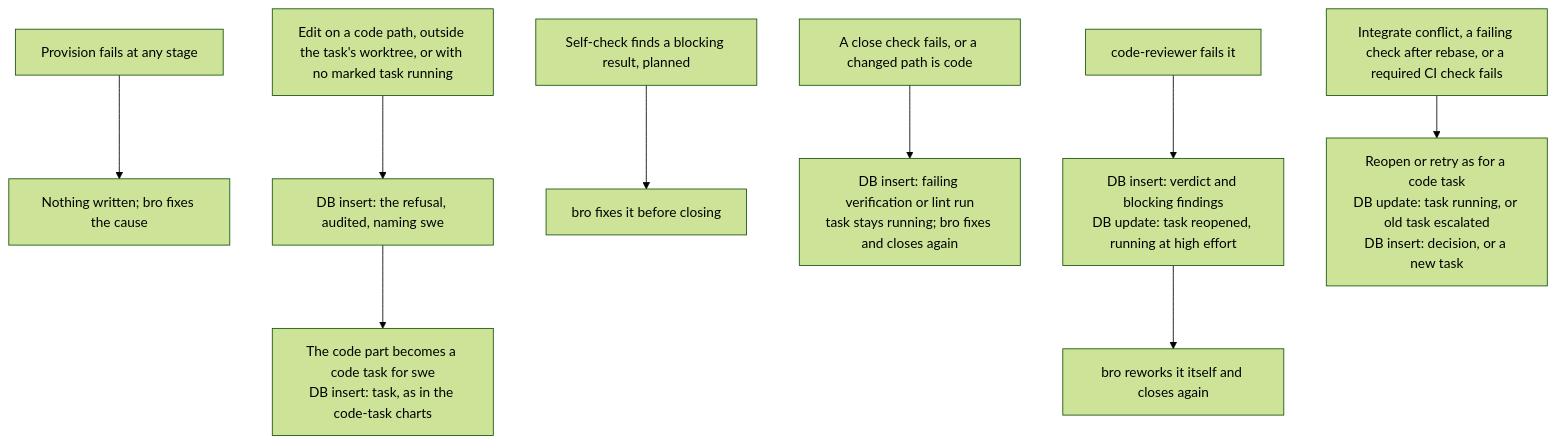
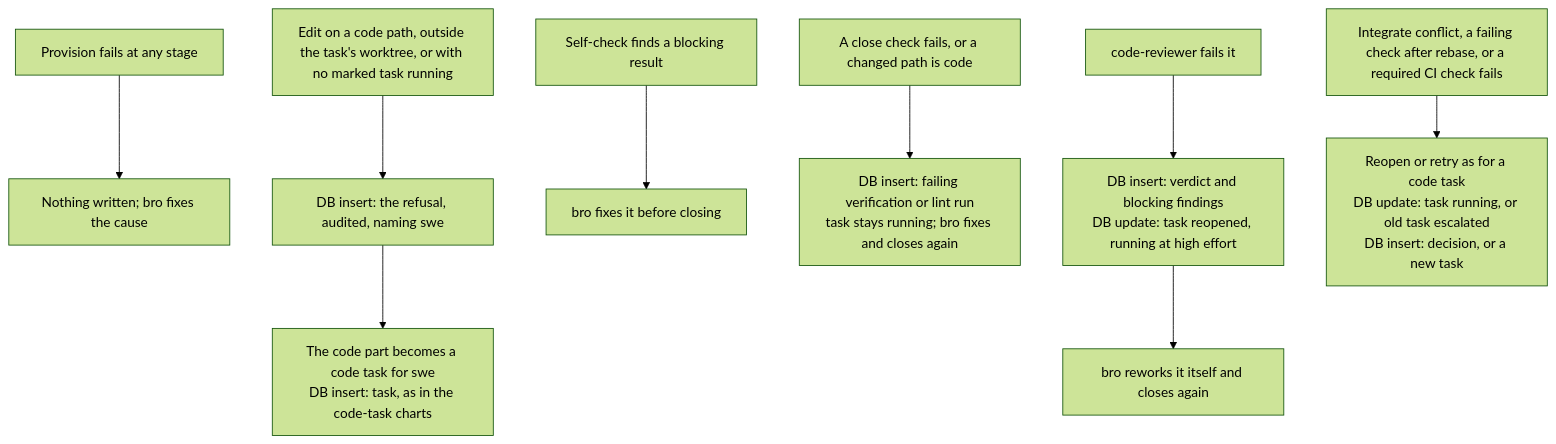
Before and after one commit to trustmybot/plugin: the fourth of 4 diagrams in docs/architecture/TASKS.md, drawn with Mermaid (forest theme). The commit also changed other lines of this file and 2 other files, not shown here.

Commit message:
📝 docs(architecture): bro's doc-review self-check is shipped

````diff
--- a/docs/architecture/TASKS.md
+++ b/docs/architecture/TASKS.md
@@ -105,11 +105,11 @@
 ```mermaid
 flowchart TD
     P0[Provision fails at any stage] --> P1["Nothing written; bro fixes the cause"]
     D0[Edit on a code path, outside the task's worktree, or with no marked task running] --> D1["DB insert: the refusal, audited, naming swe"]
     D1 --> D2["The code part becomes a code task for swe<br/>DB insert: task, as in the code-task charts"]
-    E0[Self-check finds a blocking result, planned] --> E1[bro fixes it before closing]
+    E0[Self-check finds a blocking result] --> E1[bro fixes it before closing]
     C0[A close check fails, or a changed path is code] --> C1["DB insert: failing verification or lint run<br/>task stays running; bro fixes and closes again"]
     V0[code-reviewer fails it] --> V1["DB insert: verdict and blocking findings<br/>DB update: task reopened, running at high effort"]
     V1 --> V2[bro reworks it itself and closes again]
     I0[Integrate conflict, a failing check after rebase, or a required CI check fails] --> I1["Reopen or retry as for a code task<br/>DB update: task running, or old task escalated<br/>DB insert: decision, or a new task"]
 ```
````
